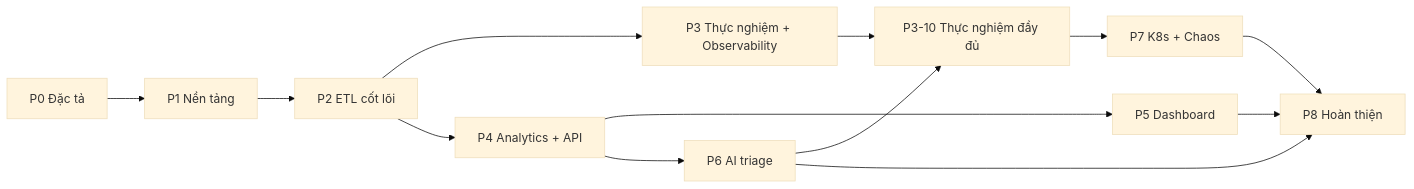
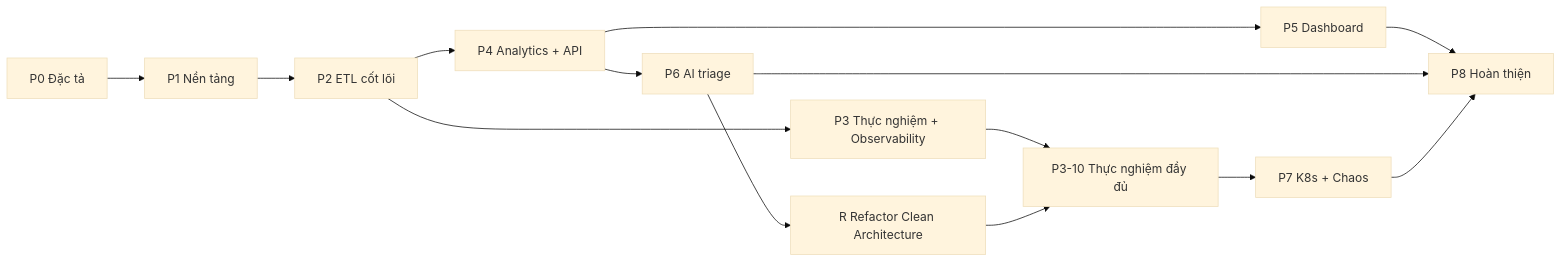
Before and after one commit to ninggiangboy/public-transport-intelligence: the diagram in docs/00-master-plan.md, drawn with Mermaid (base theme). The commit also changed other lines of this file and 15 other files, not shown here.

First line of the commit message:
docs: adopt clean architecture for new backend code and schedule the legacy refactor (DR-104, ADR-0032)

````diff
--- a/docs/00-master-plan.md
+++ b/docs/00-master-plan.md
@@ -367,15 +372,16 @@
 ```mermaid
 flowchart LR
   P0[P0 Đặc tả] --> P1[P1 Nền tảng]
   P1 --> P2[P2 ETL cốt lõi]
   P2 --> P3[P3 Thực nghiệm + Observability]
   P2 --> P4[P4 Analytics + API]
   P4 --> P5[P5 Dashboard]
   P4 --> P6[P6 AI triage]
   P3 --> P310[P3-10 Thực nghiệm đầy đủ]
-  P6 --> P310
+  P6 --> R[R Refactor Clean Architecture]
+  R --> P310
   P310 --> P7[P7 K8s + Chaos]
   P5 --> P8[P8 Hoàn thiện]
   P6 --> P8
   P7 --> P8
 ```
````
